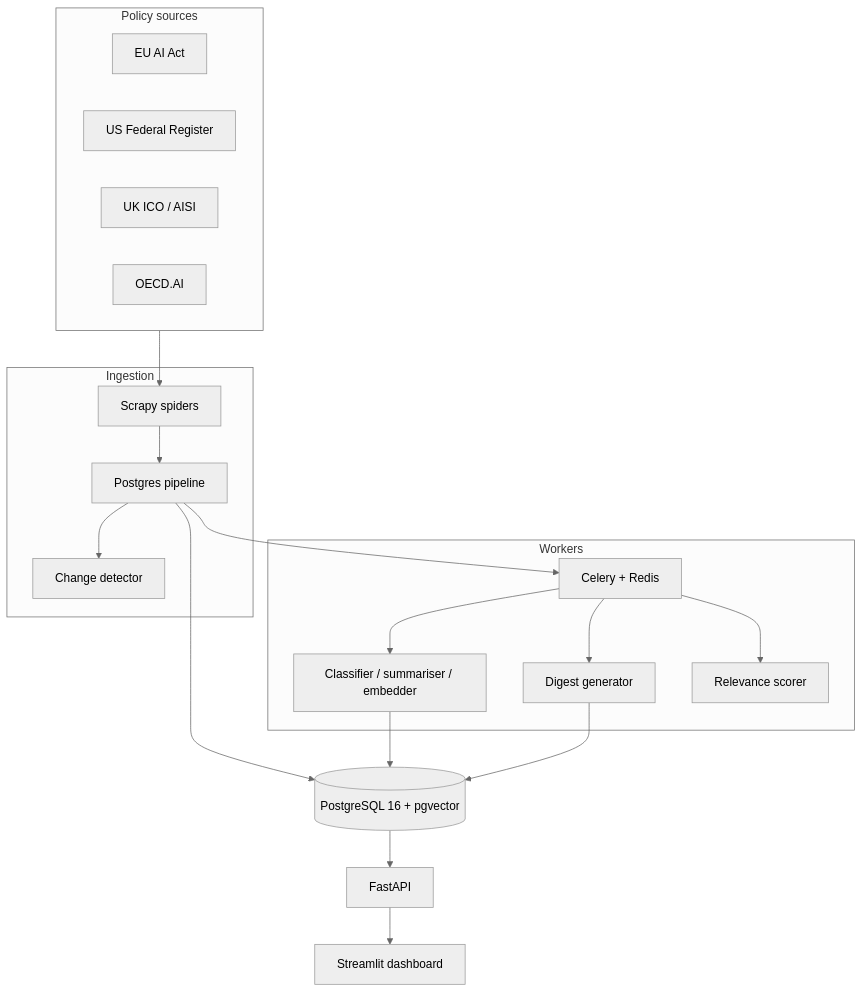
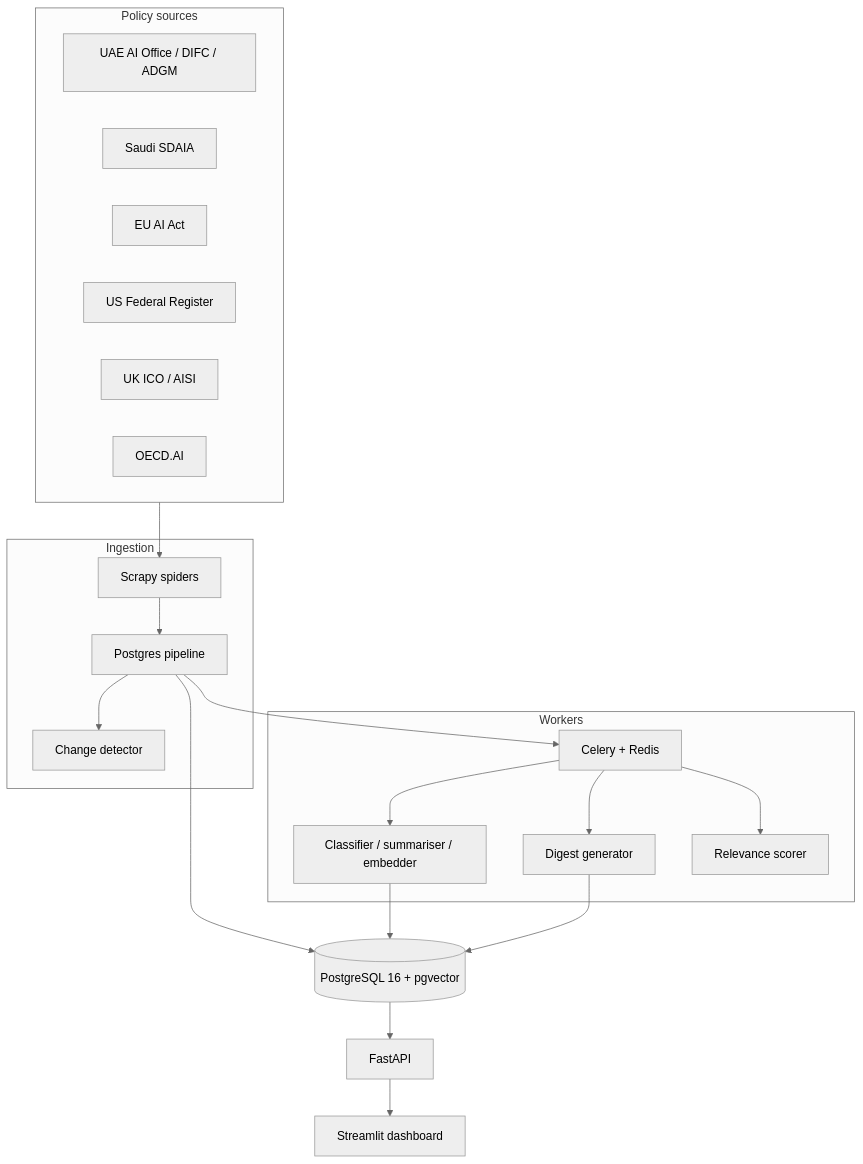
One commit to ru-ri-p/policypulse-ai changed the diagram in README.md. Above: the diagram before and after it, drawn with Mermaid (neutral theme). The commit also changed other lines of this file and 16 other files, not shown here.

````diff
--- a/README.md
+++ b/README.md
@@ -20,30 +21,32 @@
 ```mermaid
 flowchart TB
   subgraph sources [Policy sources]
+    UAE[UAE AI Office / DIFC / ADGM]
+    SA[Saudi SDAIA]
     EU[EU AI Act]
     US[US Federal Register]
     UK[UK ICO / AISI]
     OECD[OECD.AI]
   end
   subgraph ingest [Ingestion]
     SP[Scrapy spiders]
     PP[Postgres pipeline]
     CD[Change detector]
   end
   subgraph async [Workers]
     CW[Celery + Redis]
     ML[Classifier / summariser / embedder]
     DG[Digest generator]
     RS[Relevance scorer]
   end
   DB[(PostgreSQL 16 + pgvector)]
   API[FastAPI]
   UI[Streamlit dashboard]
   sources --> SP --> PP --> DB
   PP --> CD
   PP --> CW --> ML --> DB
   CW --> DG --> DB
   CW --> RS
   DB --> API
   API --> UI
 ```
````
